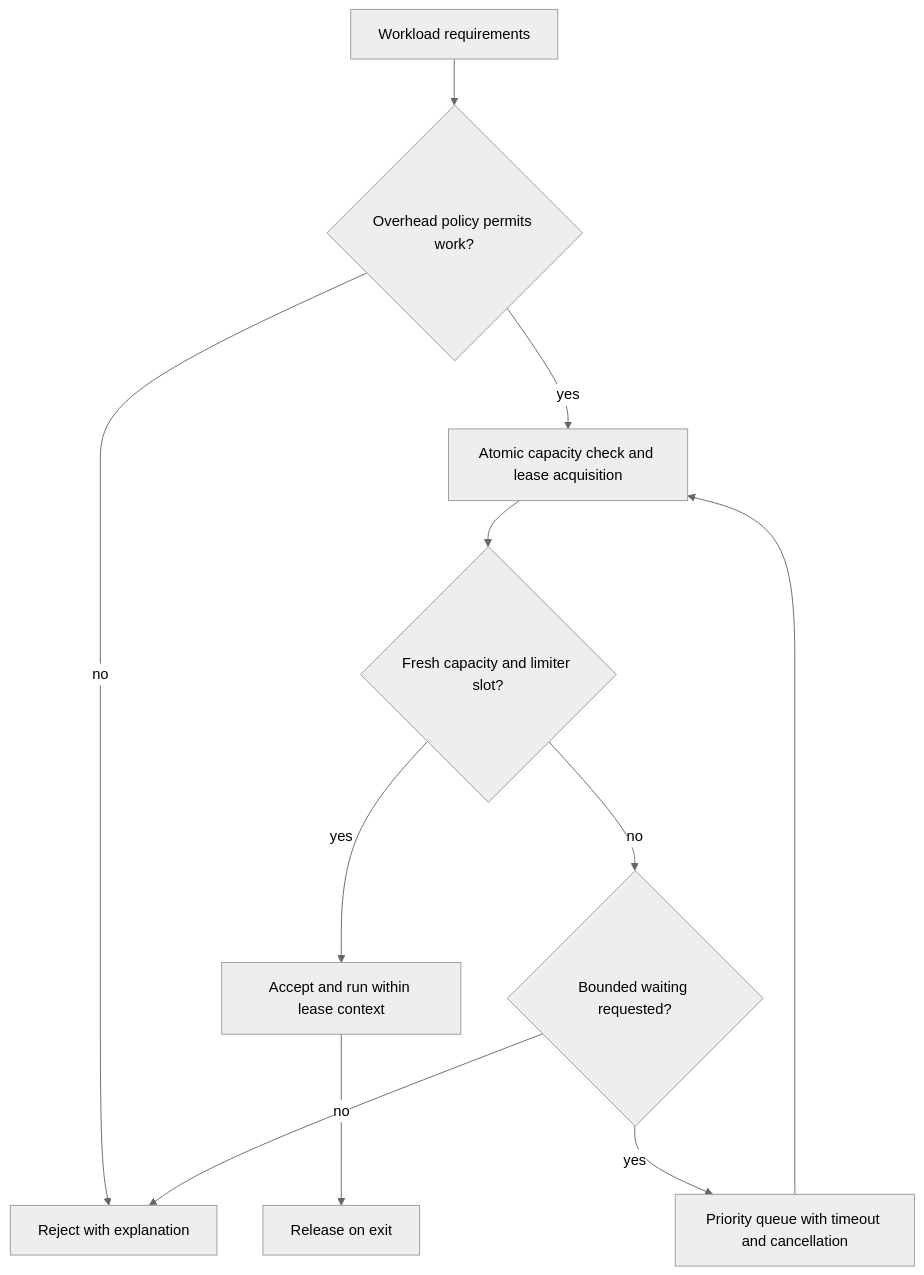
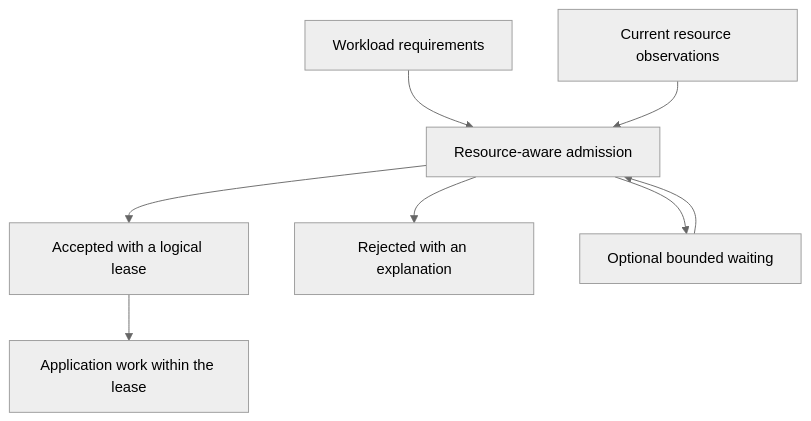
Before and after one commit to smuniharish/resourcera: the diagram in diagrams/admission-decisions.mmd, drawn with Mermaid (neutral theme). The commit also changed 35 other files, not shown here.

```diff
--- a/diagrams/admission-decisions.mmd
+++ b/diagrams/admission-decisions.mmd
@@ -1,11 +1,8 @@
 flowchart TD
-    request["Workload requirements"] --> overhead{"Overhead policy permits work?"}
-    overhead -- no --> reject["Reject with explanation"]
-    overhead -- yes --> transaction["Atomic capacity check and lease acquisition"]
-    transaction --> capacity{"Fresh capacity and limiter slot?"}
-    capacity -- yes --> accept["Accept and run within lease context"]
-    capacity -- no --> wait{"Bounded waiting requested?"}
-    wait -- no --> reject
-    wait -- yes --> queue["Priority queue with timeout and cancellation"]
-    queue --> transaction
-    accept --> release["Release on exit"]
+    request["Workload requirements"] --> admission["Resource-aware admission"]
+    snapshot["Current resource observations"] --> admission
+    admission --> accepted["Accepted with a logical lease"]
+    admission --> rejected["Rejected with an explanation"]
+    admission --> waiting["Optional bounded waiting"]
+    waiting --> admission
+    accepted --> work["Application work within the lease"]
```
